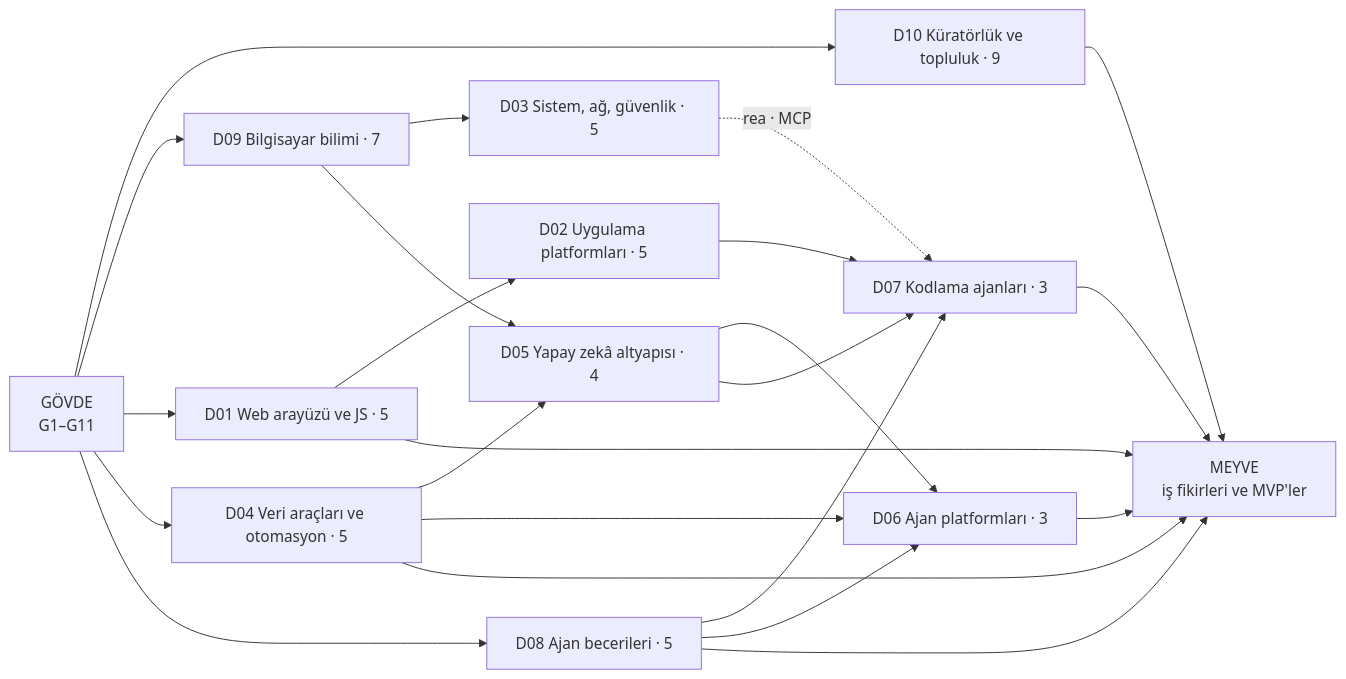
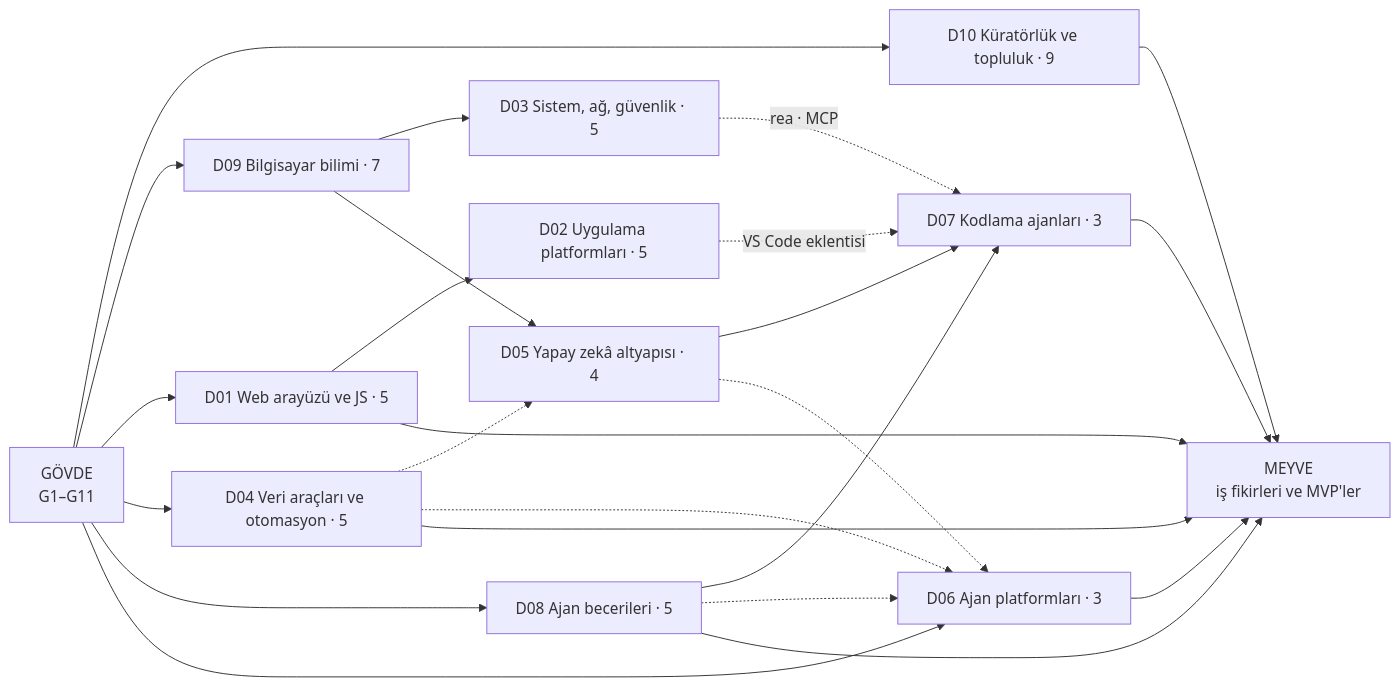
The first of 2 diagrams in repo-atlasi/AGAC.md (yilmazfatih-cyber/Deneme), drawn with Mermaid before and after one commit. The commit also changed other lines of this file and 883 other files, not shown here.

````diff
--- a/repo-atlasi/AGAC.md
+++ b/repo-atlasi/AGAC.md
@@ -34,26 +36,27 @@
 ```mermaid
 flowchart LR
   G["GÖVDE<br/>G1–G11"]
   G --> D10["D10 Küratörlük ve topluluk · 9"]
   G --> D09["D09 Bilgisayar bilimi · 7"]
   G --> D01["D01 Web arayüzü ve JS · 5"]
   G --> D04["D04 Veri araçları ve otomasyon · 5"]
   G --> D08["D08 Ajan becerileri · 5"]
+  G --> D06["D06 Ajan platformları · 3"]
   D01 --> D02["D02 Uygulama platformları · 5"]
   D09 --> D03["D03 Sistem, ağ, güvenlik · 5"]
   D09 --> D05["D05 Yapay zekâ altyapısı · 4"]
-  D04 --> D05
-  D05 --> D06["D06 Ajan platformları · 3"]
+  D04 -.-> D05
   D05 --> D07["D07 Kodlama ajanları · 3"]
   D08 --> D07
-  D08 --> D06
-  D04 --> D06
-  D02 --> D07
+  D08 -.-> D06
+  D05 -.-> D06
+  D04 -.-> D06
+  D02 -. "VS Code eklentisi" .-> D07
   D03 -. "rea · MCP" .-> D07
   D01 --> M["MEYVE<br/>iş fikirleri ve MVP'ler"]
   D04 --> M
   D06 --> M
   D07 --> M
   D08 --> M
   D10 --> M
 ```
````
